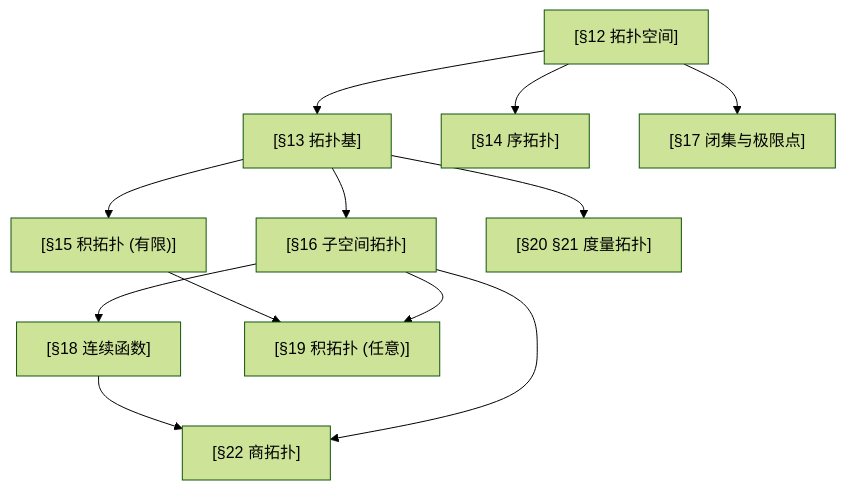
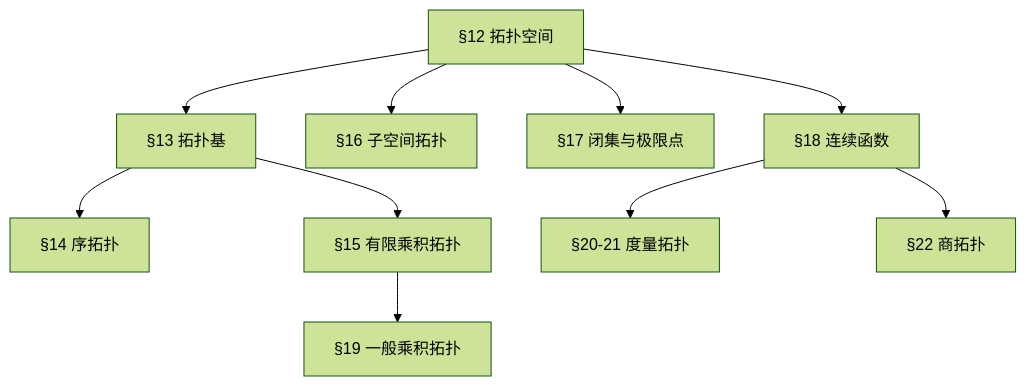
The diagram in 拓扑学 Munkres/Chapter 02 - Topological Spaces and Continuous Functions/00_Chapter_02_Overview.md (xsoc1/math-notes), drawn with Mermaid (forest theme) before and after one commit. The commit also changed other lines of this file and 70 other files, not shown here.

````diff
--- a/拓扑学 Munkres/Chapter 02 - Topological Spaces and Continuous Functions/00_Chapter_02_Overview.md
+++ b/拓扑学 Munkres/Chapter 02 - Topological Spaces and Continuous Functions/00_Chapter_02_Overview.md
@@ -15,14 +33,12 @@
 ```mermaid
 graph TD
-    A["[§12 拓扑空间]"] --> B["[§13 拓扑基]"]
-    A --> C["[§14 序拓扑]"]
-    B --> D["[§15 积拓扑 (有限)]"]
-    B --> E["[§16 子空间拓扑]"]
-    A --> F["[§17 闭集与极限点]"]
-    E --> G["[§18 连续函数]"]
-    D --> H["[§19 积拓扑 (任意)]"]
-    E --> H
-    B --> I["[§20 §21 度量拓扑]"]
-    G --> J["[§22 商拓扑]"]
-    E --> J
+    A["§12 拓扑空间"] --> B["§13 拓扑基"]
+    A --> C["§16 子空间拓扑"]
+    A --> D["§17 闭集与极限点"]
+    B --> E["§14 序拓扑"]
+    B --> F["§15 有限乘积拓扑"]
+    F --> G["§19 一般乘积拓扑"]
+    A --> H["§18 连续函数"]
+    H --> I["§20-21 度量拓扑"]
+    H --> J["§22 商拓扑"]
 ```
````
